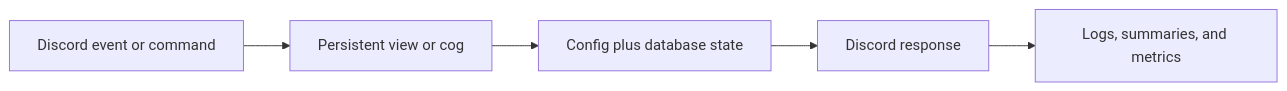
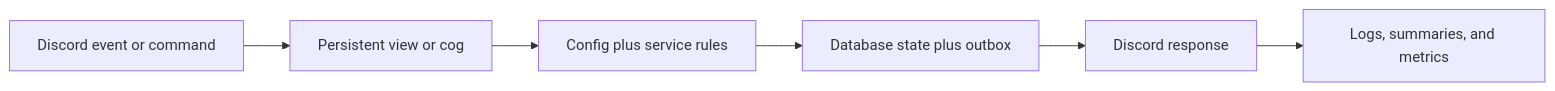
One commit to Rroix/avenue-guard-gd-avenue changed the first of 11 diagrams in docs/Avenue_Guard_Manual.md. Above: the diagram before and after it, drawn with Mermaid. The commit also changed other lines of this file and 45 other files, not shown here.

````diff
--- a/docs/Avenue_Guard_Manual.md
+++ b/docs/Avenue_Guard_Manual.md
@@ -87,12 +88,14 @@
 ```mermaid
 flowchart LR
   S1["Discord event or command"]
   S2["Persistent view or cog"]
-  S3["Config plus database state"]
-  S4["Discord response"]
-  S5["Logs, summaries, and metrics"]
+  S3["Config plus service rules"]
+  S4["Database state plus outbox"]
+  S5["Discord response"]
+  S6["Logs, summaries, and metrics"]
   S1 --> S2
   S2 --> S3
   S3 --> S4
   S4 --> S5
+  S5 --> S6
 ```
````
